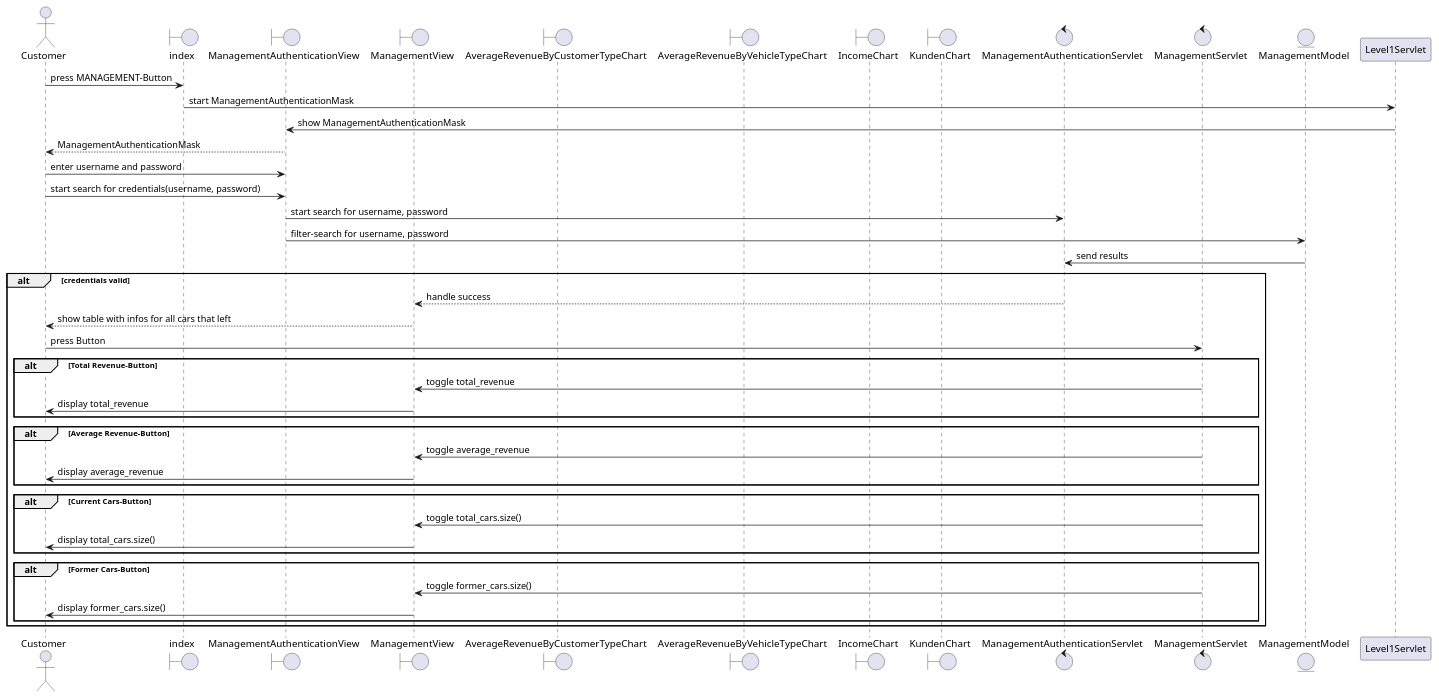
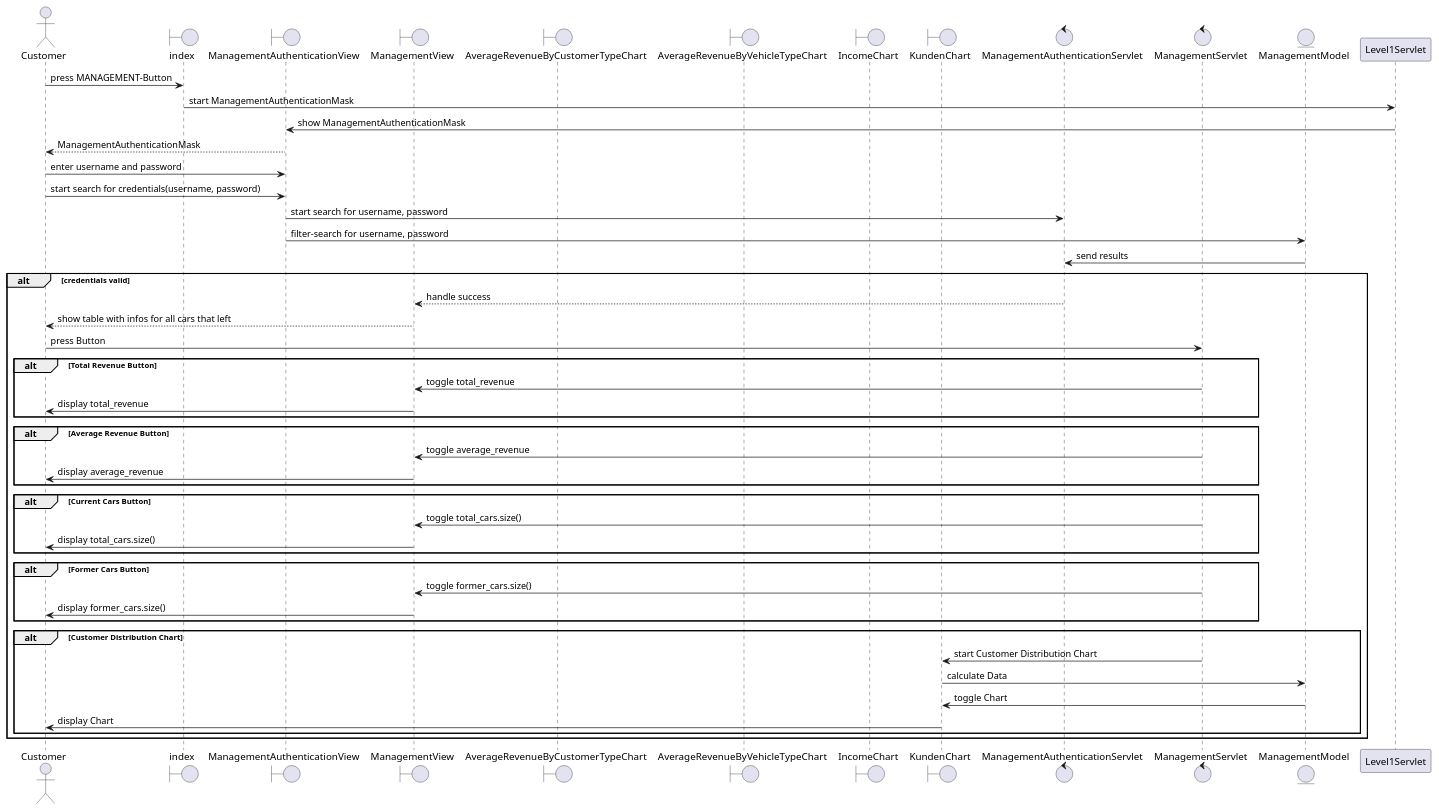
Before and after one commit to 1nbetw33n/Parkhaus_new: the diagram in src/main/parkhaus-project/Parkhaus/java/Planung/DIAGRAMS/sd_Management.puml, drawn with PlantUML.

Commit message:
Added Customer Distribution Chart

```diff
--- a/src/main/parkhaus-project/Parkhaus/java/Planung/DIAGRAMS/sd_Management.puml
+++ b/src/main/parkhaus-project/Parkhaus/java/Planung/DIAGRAMS/sd_Management.puml
@@ -1,47 +1,52 @@
 @startuml
 'https://plantuml.com/sequence-diagram
 actor Customer
 boundary index
 boundary ManagementAuthenticationView
 boundary ManagementView
 boundary AverageRevenueByCustomerTypeChart
 boundary AverageRevenueByVehicleTypeChart
 boundary IncomeChart
 boundary KundenChart
 control ManagementAuthenticationServlet
 control ManagementServlet
 entity ManagementModel
 Customer -> index : press MANAGEMENT-Button
 index -> Level1Servlet : start ManagementAuthenticationMask
 Level1Servlet -> ManagementAuthenticationView : show ManagementAuthenticationMask
 ManagementAuthenticationView --> Customer : ManagementAuthenticationMask
 Customer -> ManagementAuthenticationView : enter username and password
 Customer -> ManagementAuthenticationView : start search for credentials(username, password)
 ManagementAuthenticationView -> ManagementAuthenticationServlet : start search for username, password
 ManagementAuthenticationView -> ManagementModel : filter-search for username, password
 ManagementModel -> ManagementAuthenticationServlet : send results
 alt credentials valid
     ManagementAuthenticationServlet --> ManagementView : handle success
     ManagementView --> Customer : show table with infos for all cars that left
     Customer -> ManagementServlet : press Button
-    alt Total Revenue-Button
+    alt Total Revenue Button
         ManagementServlet -> ManagementView : toggle total_revenue
         ManagementView -> Customer : display total_revenue
     end
-    alt Average Revenue-Button
+    alt Average Revenue Button
         ManagementServlet -> ManagementView : toggle average_revenue
         ManagementView -> Customer : display average_revenue
     end
-    alt Current Cars-Button
+    alt Current Cars Button
         ManagementServlet -> ManagementView : toggle total_cars.size()
         ManagementView -> Customer : display total_cars.size()
     end
-    alt Former Cars-Button
+    alt Former Cars Button
         ManagementServlet -> ManagementView : toggle former_cars.size()
         ManagementView -> Customer : display former_cars.size()
     end
-
+    alt Customer Distribution Chart
+        ManagementServlet -> KundenChart : start Customer Distribution Chart
+        KundenChart -> ManagementModel : calculate Data
+        ManagementModel -> KundenChart : toggle Chart
+        KundenChart -> Customer : display Chart
+    end
 end
 
 
 @enduml
```
